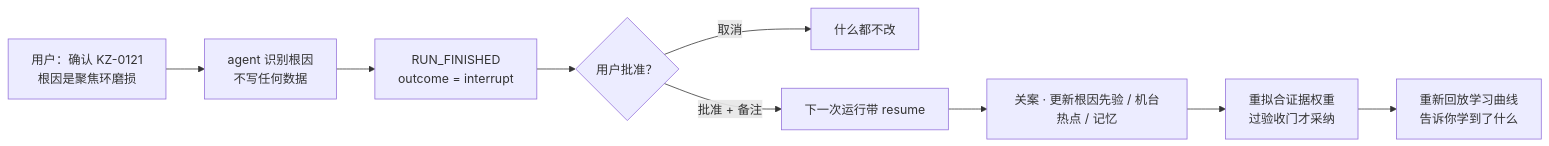
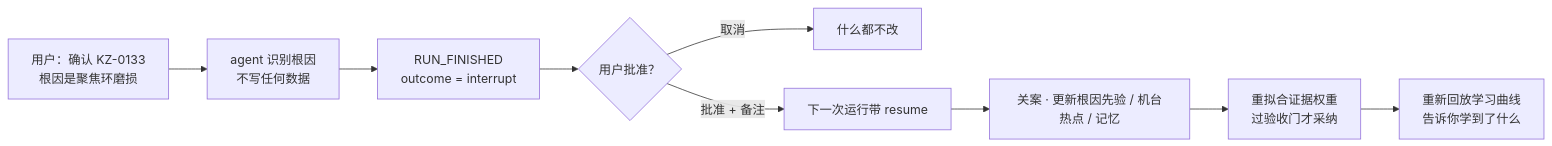
Before and after one commit to Gaogxx/Industry_RSI: the second of 2 diagrams in README.md, drawn with Mermaid. The commit also changed other lines of this file and 31 other files, not shown here.

````diff
--- a/README.md
+++ b/README.md
@@ -118,11 +120,11 @@
 ```mermaid
 flowchart LR
-    A["用户：确认 KZ-0121<br/>根因是聚焦环磨损"] --> B["agent 识别根因<br/>不写任何数据"]
+    A["用户：确认 KZ-0133<br/>根因是聚焦环磨损"] --> B["agent 识别根因<br/>不写任何数据"]
     B --> C["RUN_FINISHED<br/>outcome = interrupt"]
     C --> D{"用户批准？"}
     D -- 取消 --> E["什么都不改"]
     D -- "批准 + 备注" --> F["下一次运行带 resume"]
     F --> G["关案 · 更新根因先验 / 机台热点 / 记忆"]
     G --> H["重拟合证据权重<br/>过验收门才采纳"]
     H --> I["重新回放学习曲线<br/>告诉你学到了什么"]
 ```
````
